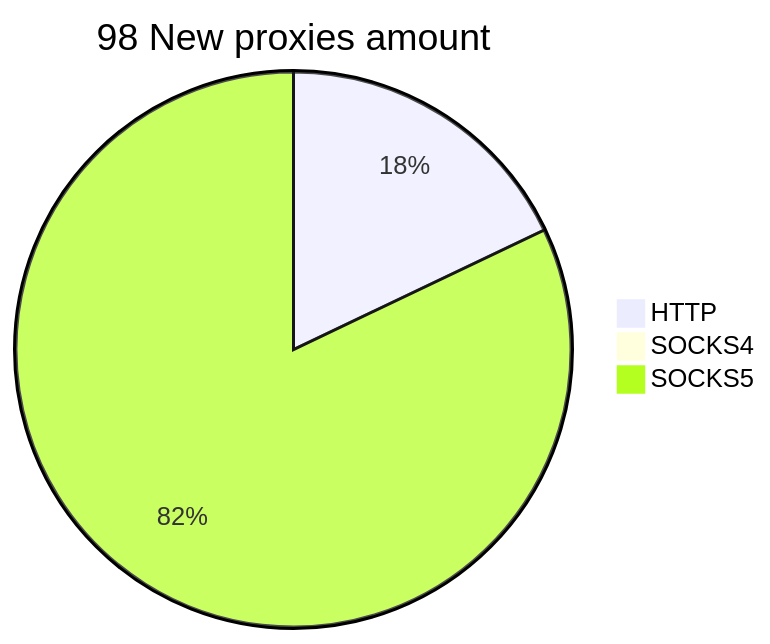
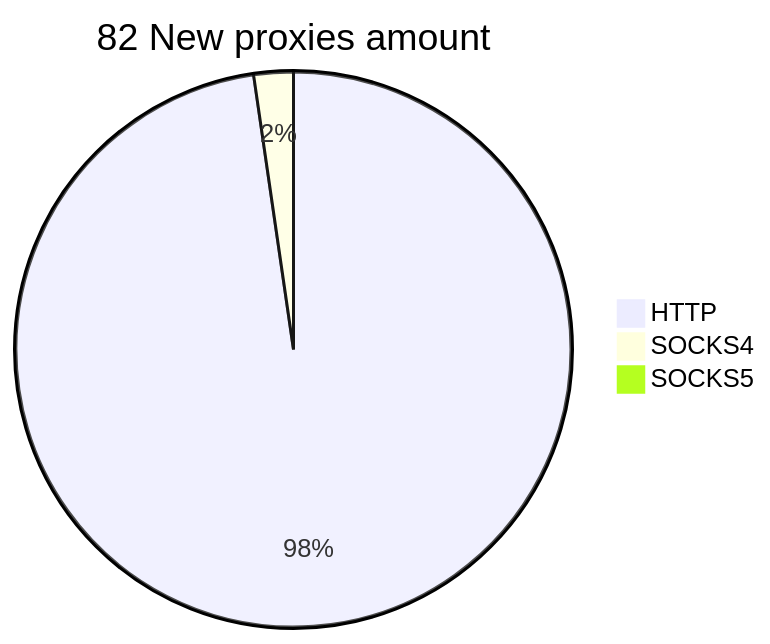
Before and after one commit to cutipu/proxylist: the second of 2 diagrams in README.md, drawn with Mermaid. The commit also changed other lines of this file, not shown here.

````diff
--- a/README.md
+++ b/README.md
@@ -10,6 +10,6 @@
 ```mermaid
-pie title 98 New proxies amount
-    "HTTP" : 19
-    "SOCKS4" : 0
-    "SOCKS5" : 87
+pie title 82 New proxies amount
+    "HTTP" : 85
+    "SOCKS4" : 2
+    "SOCKS5" : 0
 ```
````
